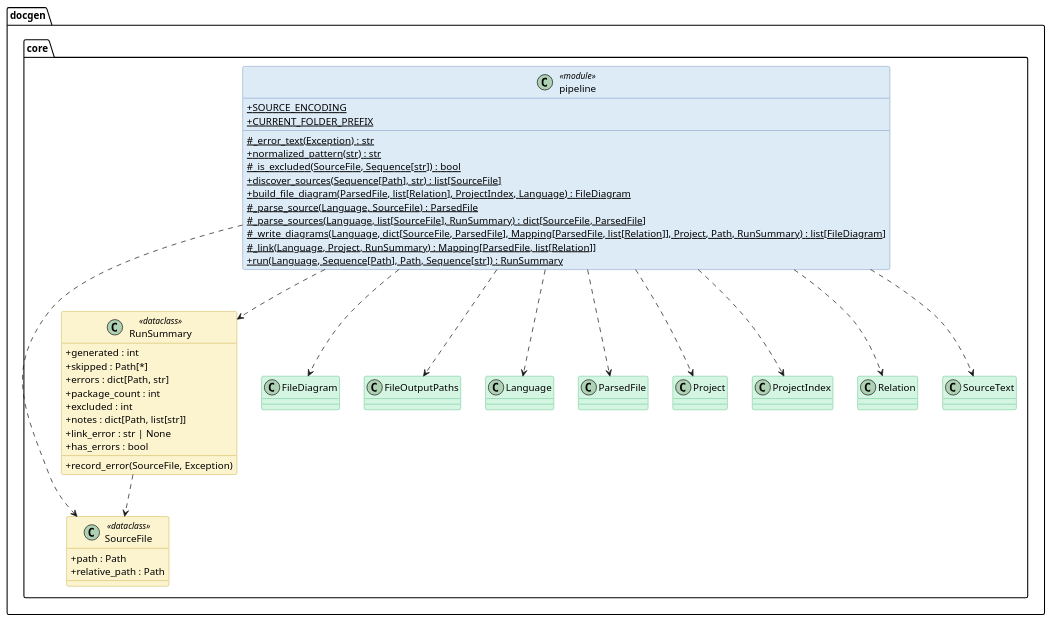
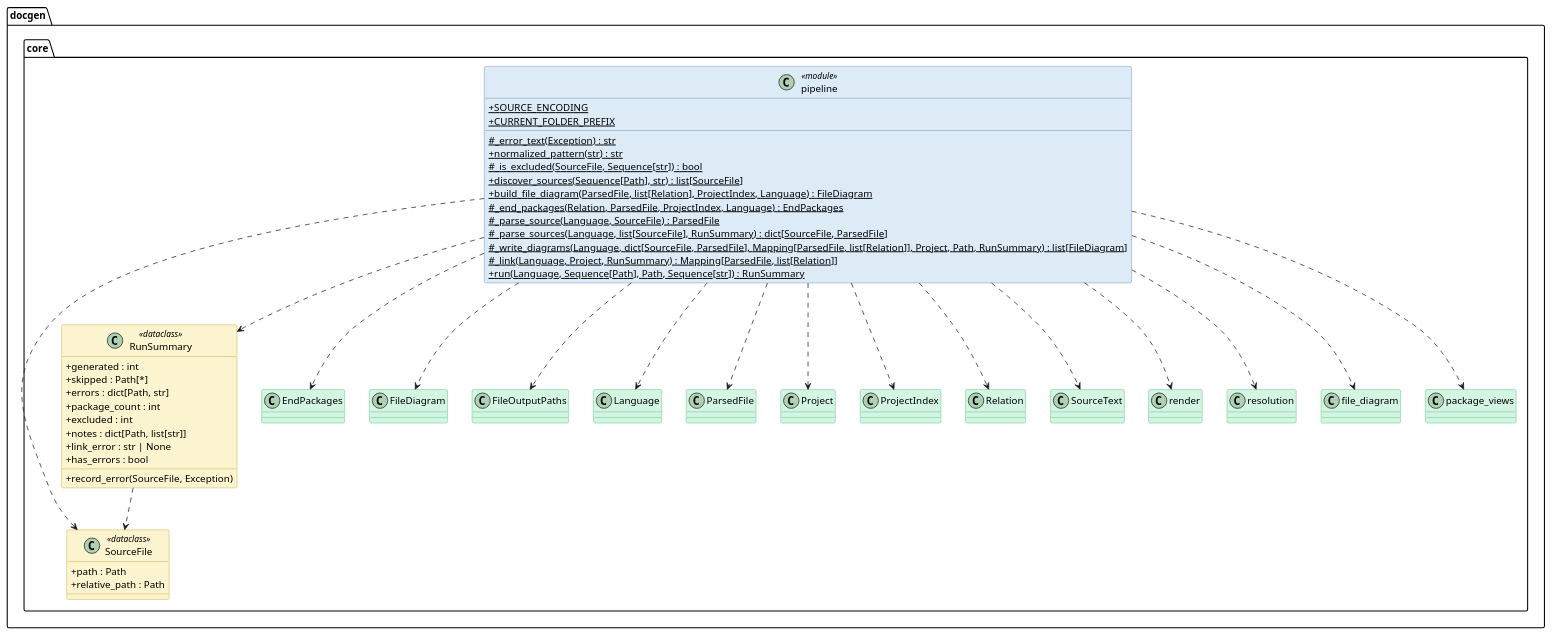
One commit to Boulede987/DocGeneration changed the diagram in docs/Modelisation/ClassDiagram-Full/docgen/core/pipeline.puml. Above: the diagram before and after it, drawn with PlantUML. The commit also changed 100 other files, not shown here.

```diff
--- a/docs/Modelisation/ClassDiagram-Full/docgen/core/pipeline.puml
+++ b/docs/Modelisation/ClassDiagram-Full/docgen/core/pipeline.puml
@@ -1,79 +1,85 @@
 @startuml pipeline
 
 skinparam classAttributeIconSize 0
 skinparam shadowing false
 
 skinparam class {
   BackgroundColor<<interface>> #D6EAF8
   BorderColor<<interface>> #2E86C1
 }
 skinparam class {
   BackgroundColor<<abstract>> #E8DAEF
   BorderColor<<abstract>> #8E44AD
 }
 skinparam class {
   BackgroundColor #D5F5E3
   BorderColor #27AE60
 }
 skinparam class {
   BackgroundColor<<dataclass>> #FCF3CF
   BorderColor<<dataclass>> #B7950B
 }
 skinparam class {
   BackgroundColor<<module>> #DDEBF7
   BorderColor<<module>> #4A6FA5
 }
 skinparam class {
   BackgroundColor<<static>> #a7faa0
   BorderColor<<static>> #38d610
 }
 skinparam class {
   BackgroundColor<<enum>> #F5B7B1
   BorderColor<<enum>> #C0392B
 }
 
 namespace docgen.core {
 class SourceFile <<dataclass>> {
   + path : Path
   + relative_path : Path
 }
 class RunSummary <<dataclass>> {
   + generated : int
   + skipped : Path[*]
   + errors : dict[Path, str]
   + package_count : int
   + excluded : int
   + notes : dict[Path, list[str]]
   + link_error : str | None
   + has_errors : bool
   + record_error(SourceFile, Exception)
 }
 class pipeline <<module>> {
   + {static} SOURCE_ENCODING
   + {static} CURRENT_FOLDER_PREFIX
   # {static} _error_text(Exception) : str
   + {static} normalized_pattern(str) : str
   # {static} _is_excluded(SourceFile, Sequence[str]) : bool
   + {static} discover_sources(Sequence[Path], str) : list[SourceFile]
   + {static} build_file_diagram(ParsedFile, list[Relation], ProjectIndex, Language) : FileDiagram
+  # {static} _end_packages(Relation, ParsedFile, ProjectIndex, Language) : EndPackages
   # {static} _parse_source(Language, SourceFile) : ParsedFile
   # {static} _parse_sources(Language, list[SourceFile], RunSummary) : dict[SourceFile, ParsedFile]
   # {static} _write_diagrams(Language, dict[SourceFile, ParsedFile], Mapping[ParsedFile, list[Relation]], Project, Path, RunSummary) : list[FileDiagram]
   # {static} _link(Language, Project, RunSummary) : Mapping[ParsedFile, list[Relation]]
   + {static} run(Language, Sequence[Path], Path, Sequence[str]) : RunSummary
 }
 }
 
 docgen.core.RunSummary ..> docgen.core.SourceFile
+docgen.core.pipeline ..> docgen.core.EndPackages
 docgen.core.pipeline ..> docgen.core.FileDiagram
 docgen.core.pipeline ..> docgen.core.FileOutputPaths
 docgen.core.pipeline ..> docgen.core.Language
 docgen.core.pipeline ..> docgen.core.ParsedFile
 docgen.core.pipeline ..> docgen.core.Project
 docgen.core.pipeline ..> docgen.core.ProjectIndex
 docgen.core.pipeline ..> docgen.core.Relation
 docgen.core.pipeline ..> docgen.core.RunSummary
 docgen.core.pipeline ..> docgen.core.SourceFile
 docgen.core.pipeline ..> docgen.core.SourceText
+docgen.core.pipeline ..> docgen.core.render
+docgen.core.pipeline ..> docgen.core.resolution
+docgen.core.pipeline ..> docgen.core.file_diagram
+docgen.core.pipeline ..> docgen.core.package_views
 
 @enduml
```
